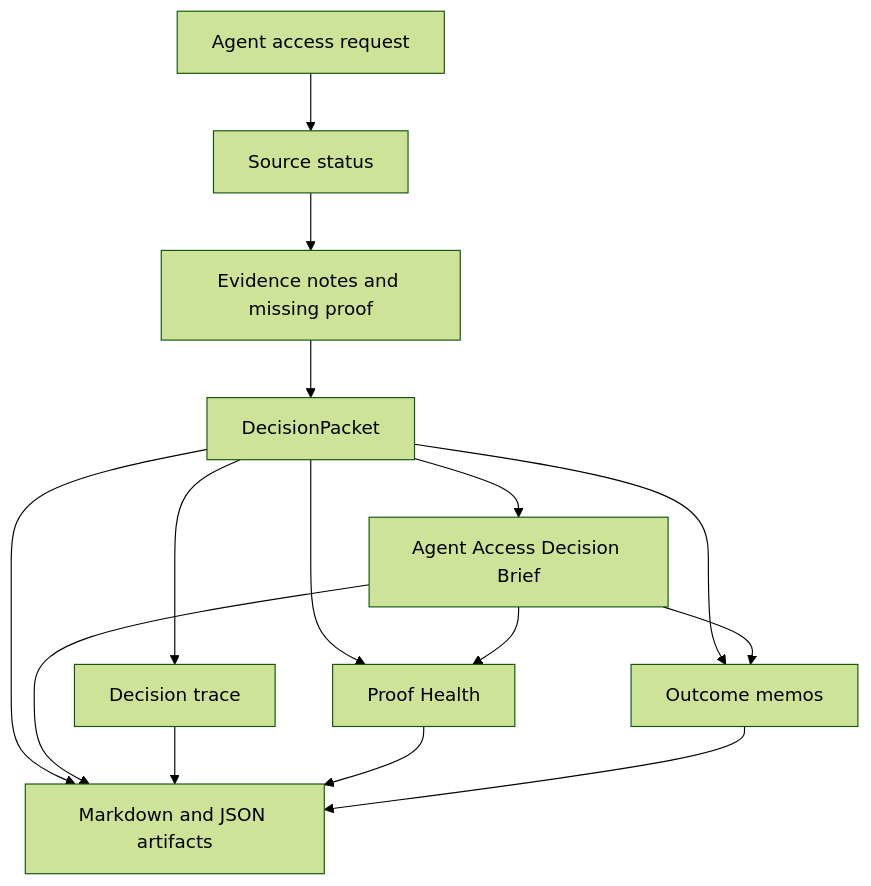
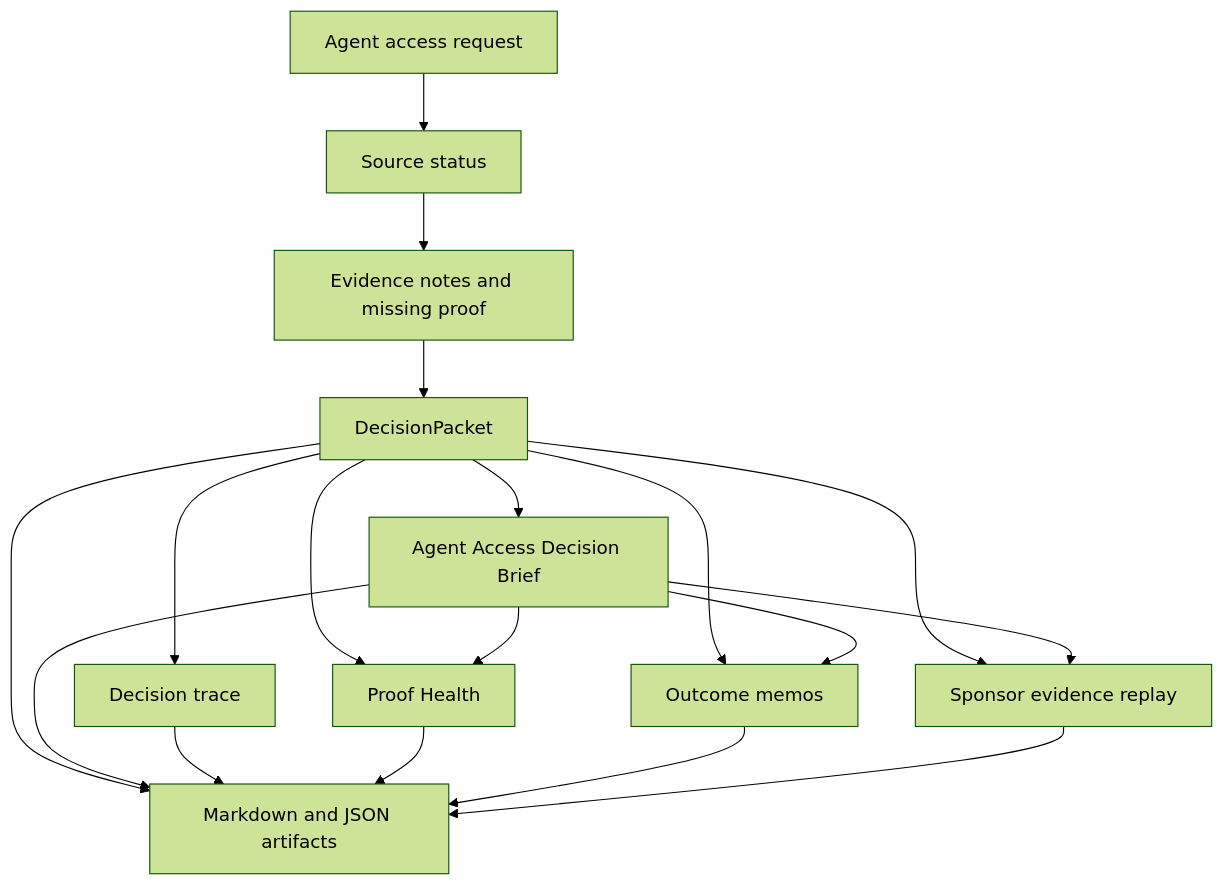
Before and after one commit to jayeshsuyal/inferenceatlas-agent-demo: the diagram in docs/ARCHITECTURE.md, drawn with Mermaid (forest theme). The commit also changed other lines of this file and 32 other files, not shown here.

Commit message:
feat: add sponsor evidence replay

````diff
--- a/docs/ARCHITECTURE.md
+++ b/docs/ARCHITECTURE.md
@@ -8,17 +8,20 @@
 ```mermaid
 flowchart TD
     A["Agent access request"] --> B["Source status"]
     B --> C["Evidence notes and missing proof"]
     C --> D["DecisionPacket"]
     D --> E["Agent Access Decision Brief"]
     D --> F["Decision trace"]
     D --> G["Proof Health"]
     D --> H["Outcome memos"]
-    D --> I["Markdown and JSON artifacts"]
+    D --> I["Sponsor evidence replay"]
+    D --> J["Markdown and JSON artifacts"]
     E --> G
     E --> H
     E --> I
-    F --> I
-    G --> I
-    H --> I
+    E --> J
+    F --> J
+    G --> J
+    H --> J
+    I --> J
 ```
````
